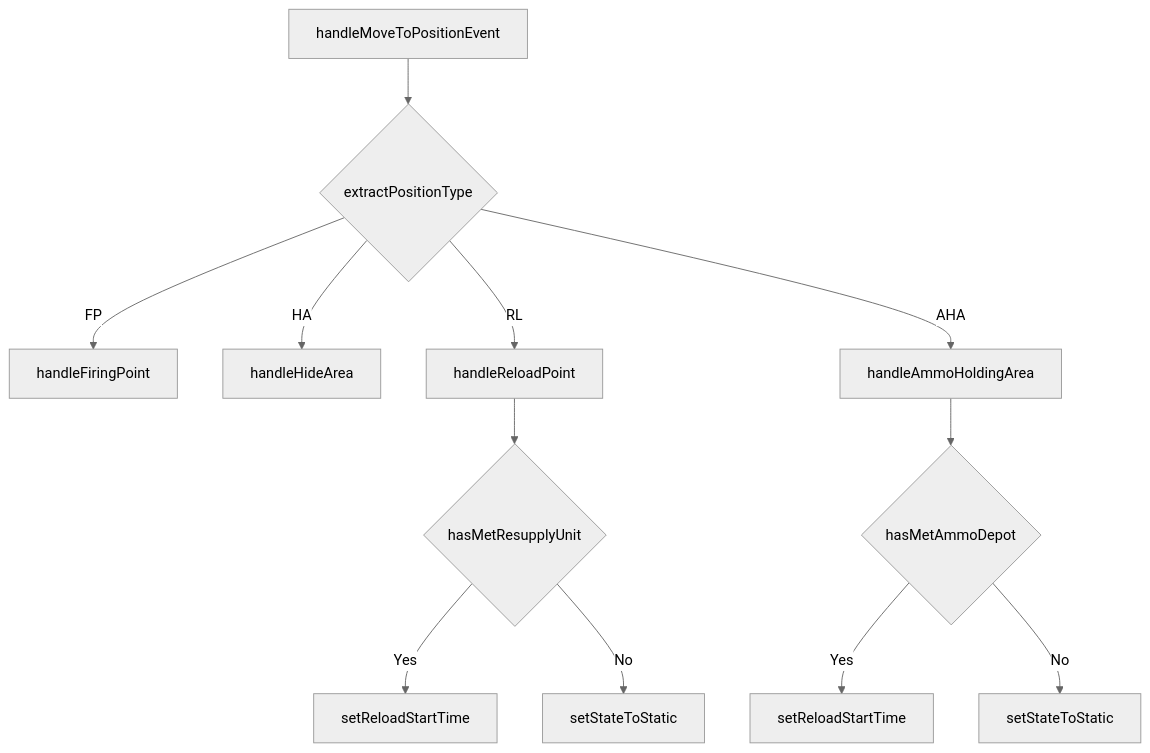
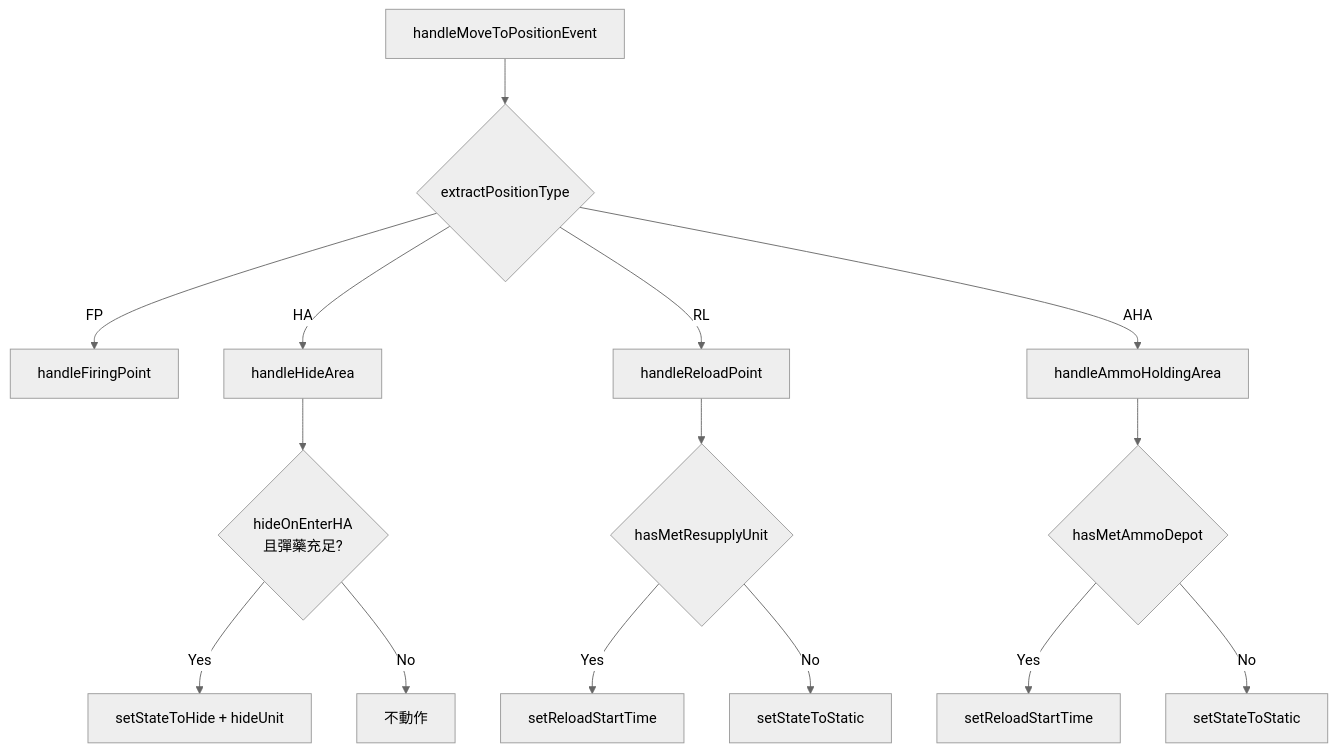
One commit to pullupjumper/formosa-in-flames changed the diagram in docs/missileSystem/init.md. Above: the diagram before and after it, drawn with Mermaid (neutral theme). The commit also changed other lines of this file and 13 other files, not shown here.

````diff
--- a/docs/missileSystem/init.md
+++ b/docs/missileSystem/init.md
@@ -28,16 +29,20 @@
 ```mermaid
 flowchart TD
     A[handleMoveToPositionEvent] --> B{extractPositionType}
     B -->|FP| C[handleFiringPoint]
     B -->|HA| D[handleHideArea]
     B -->|RL| E[handleReloadPoint]
     B -->|AHA| F[handleAmmoHoldingArea]
+
+    D --> M{hideOnEnterHA<br/>且彈藥充足?}
+    M -->|Yes| N[setStateToHide + hideUnit]
+    M -->|No| O[不動作]
 
     E --> G{hasMetResupplyUnit}
     G -->|Yes| H[setReloadStartTime]
     G -->|No| I[setStateToStatic]
 
     F --> J{hasMetAmmoDepot}
     J -->|Yes| K[setReloadStartTime]
     J -->|No| L[setStateToStatic]
 ```
````
